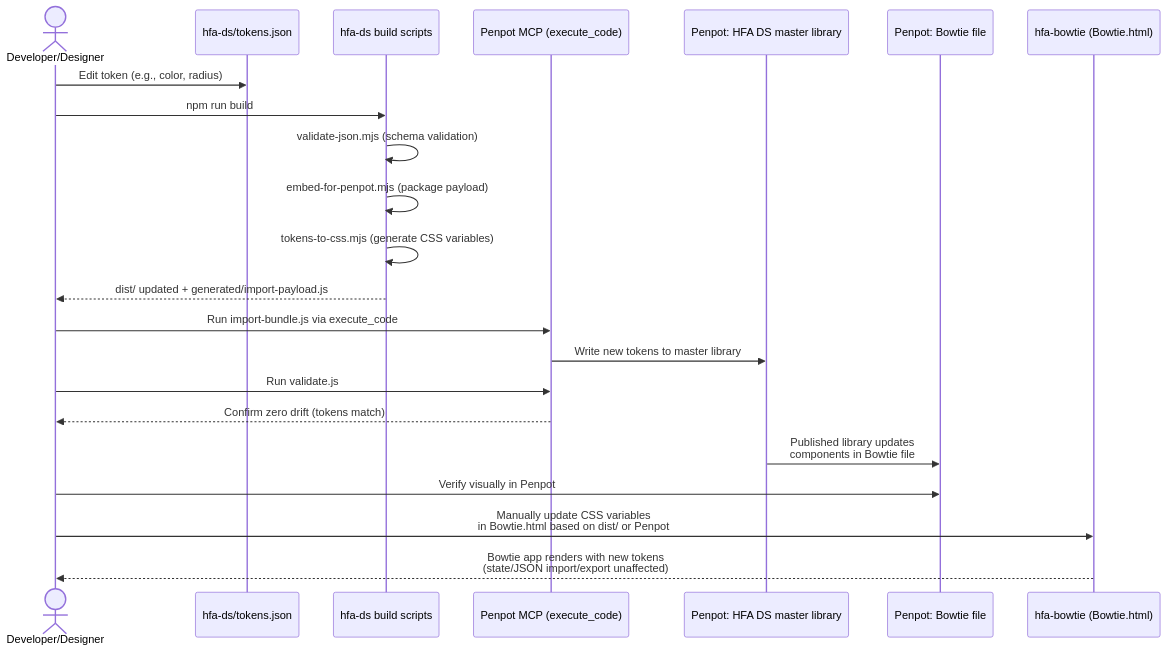
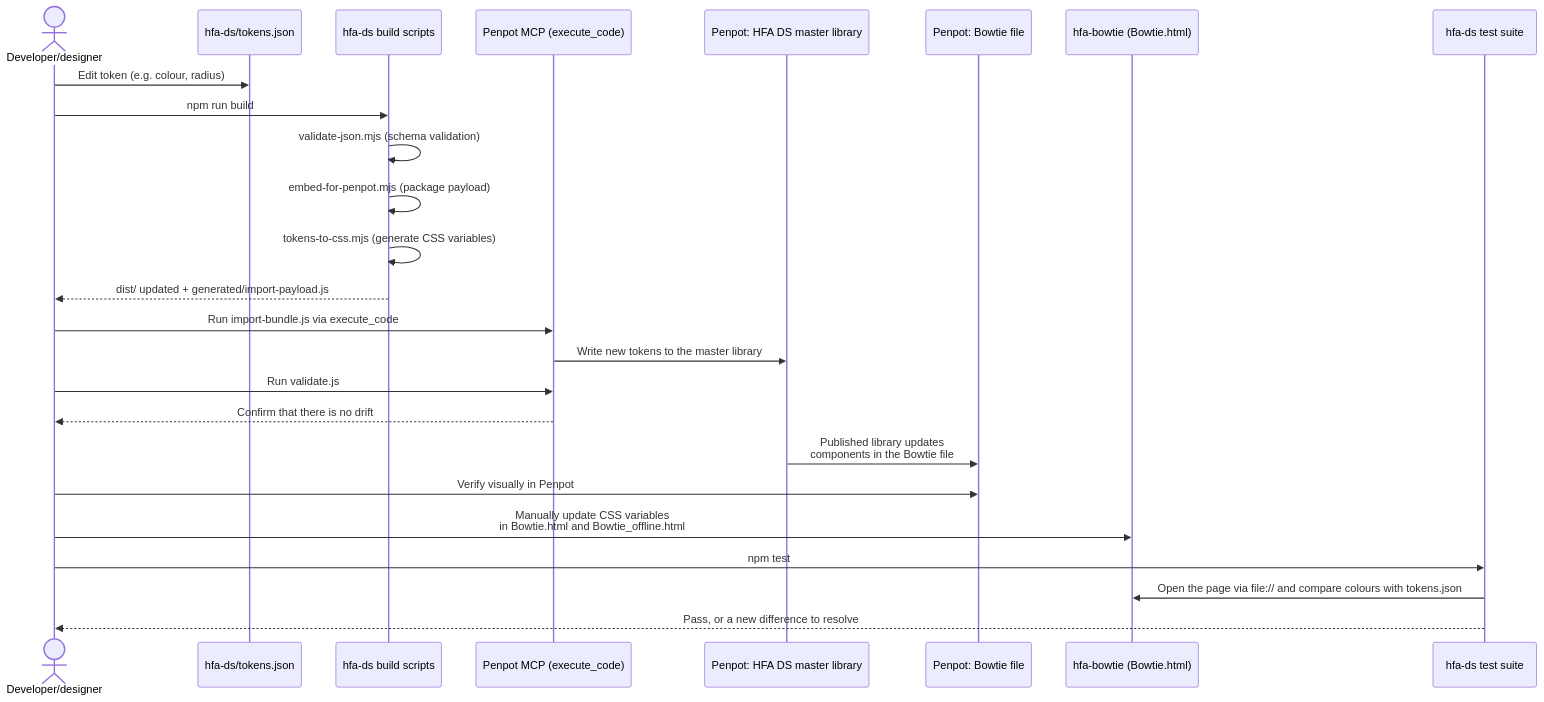
One commit to larswpettersson/hfa-ds changed the second of 3 diagrams in ARCHITECTURE.md. Above: the diagram before and after it, drawn with Mermaid. The commit also changed other lines of this file and 1 other file, not shown here.

First line of the commit message:
Docs: update architecture for STPA, RBD and the offline-first rationale

````diff
--- a/ARCHITECTURE.md
+++ b/ARCHITECTURE.md
@@ -77,28 +143,31 @@
 ```mermaid
 sequenceDiagram
-    actor Dev as Developer/Designer
+    actor Dev as Developer/designer
     participant Tokens as hfa-ds/tokens.json
     participant Build as hfa-ds build scripts
     participant MCP as Penpot MCP (execute_code)
     participant Master as Penpot: HFA DS master library
     participant AppFile as Penpot: Bowtie file
     participant Repo as hfa-bowtie (Bowtie.html)
+    participant Test as hfa-ds test suite
 
-    Dev->>Tokens: Edit token (e.g., color, radius)
+    Dev->>Tokens: Edit token (e.g. colour, radius)
     Dev->>Build: npm run build
     Build->>Build: validate-json.mjs (schema validation)
     Build->>Build: embed-for-penpot.mjs (package payload)
     Build->>Build: tokens-to-css.mjs (generate CSS variables)
     Build-->>Dev: dist/ updated + generated/import-payload.js
 
     Dev->>MCP: Run import-bundle.js via execute_code
-    MCP->>Master: Write new tokens to master library
+    MCP->>Master: Write new tokens to the master library
     Dev->>MCP: Run validate.js
-    MCP-->>Dev: Confirm zero drift (tokens match)
+    MCP-->>Dev: Confirm that there is no drift
 
-    Master->>AppFile: Published library updates<br/>components in Bowtie file
+    Master->>AppFile: Published library updates<br/>components in the Bowtie file
     Dev->>AppFile: Verify visually in Penpot
 
-    Dev->>Repo: Manually update CSS variables<br/>in Bowtie.html based on dist/ or Penpot
-    Repo-->>Dev: Bowtie app renders with new tokens<br/>(state/JSON import/export unaffected)
+    Dev->>Repo: Manually update CSS variables<br/>in Bowtie.html and Bowtie_offline.html
+    Dev->>Test: npm test
+    Test->>Repo: Open the page via file:// and compare colours with tokens.json
+    Test-->>Dev: Pass, or a new difference to resolve
 ```
````
